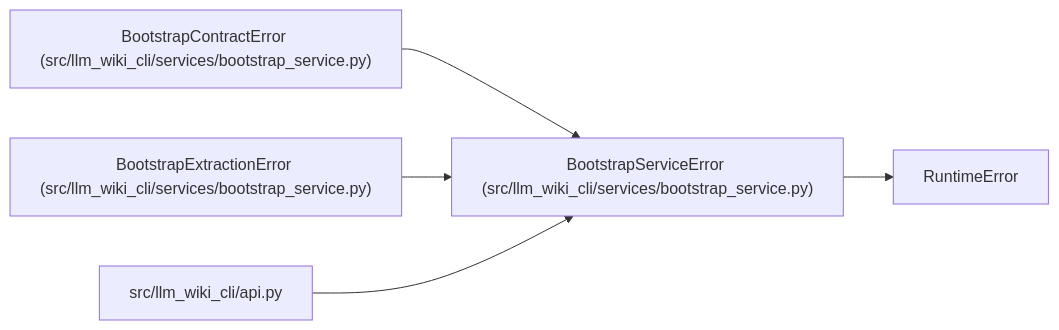
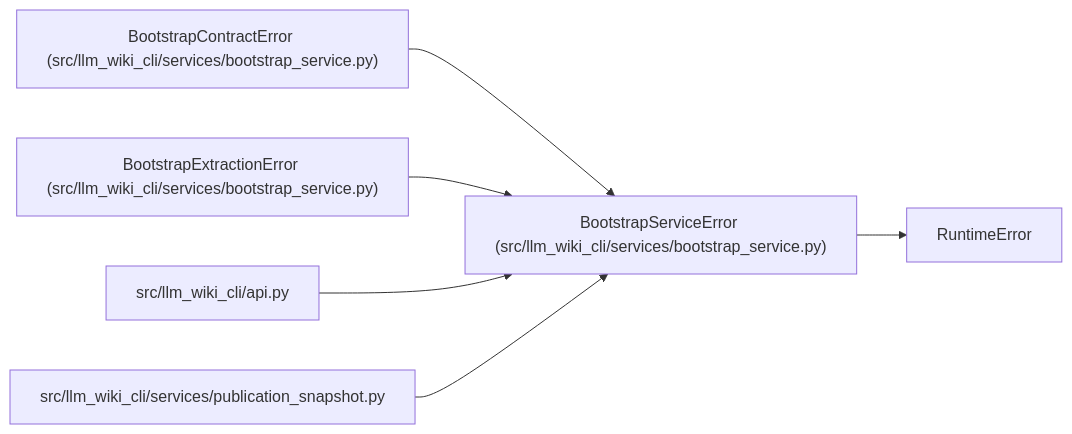
One commit to Denissvgn/python-wiki-llm changed the diagram in docs/llm_wiki/entities/BootstrapServiceError.md. Above: the diagram before and after it, drawn with Mermaid. The commit also changed other lines of this file and 479 other files, not shown here.

````diff
--- a/docs/llm_wiki/entities/BootstrapServiceError.md
+++ b/docs/llm_wiki/entities/BootstrapServiceError.md
@@ -23,16 +23,19 @@
 ```mermaid
 flowchart LR
     n0["BootstrapServiceError (src/llm_wiki_cli/services/bootstrap_service.py)"]
     n1["RuntimeError"]
     n2["BootstrapContractError (src/llm_wiki_cli/services/bootstrap_service.py)"]
     n3["BootstrapExtractionError (src/llm_wiki_cli/services/bootstrap_service.py)"]
     n4["src/llm_wiki_cli/api.py"]
+    n5["src/llm_wiki_cli/services/publication_snapshot.py"]
     n0 --> n1
     n2 --> n0
     n3 --> n0
     n4 --> n0
+    n5 --> n0
     click n0 "../modules/bootstrap_service.md"
     click n2 "../modules/bootstrap_service.md"
     click n3 "../modules/bootstrap_service.md"
     click n4 "../modules/api.md"
+    click n5 "../modules/publication_snapshot.md"
 ```
````
